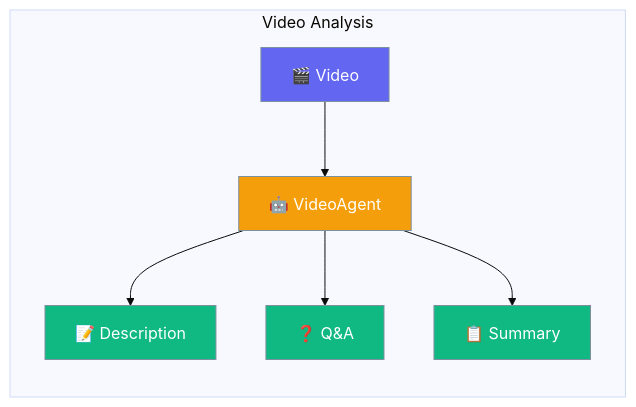
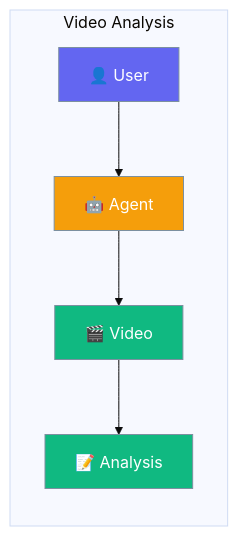
One commit to MervinPraison/PraisonAIDocs changed the first of 2 diagrams in docs/js/video.mdx. Above: the diagram before and after it, drawn with Mermaid (base theme). The commit also changed other lines of this file and 30 other files, not shown here.

````diff
--- a/docs/js/video.mdx
+++ b/docs/js/video.mdx
@@ -10,17 +10,16 @@
 ```mermaid
 graph LR
     subgraph "Video Analysis"
-        A[🎬 Video] --> B[🤖 VideoAgent]
-        B --> C[📝 Description]
-        B --> D[❓ Q&A]
-        B --> E[📋 Summary]
+        A[👤 User] --> B[🤖 Agent]
+        B --> C[🎬 Video]
+        C --> D[📝 Analysis]
     end
     
-    classDef video fill:#6366F1,stroke:#7C90A0,color:#fff
+    classDef user fill:#6366F1,stroke:#7C90A0,color:#fff
     classDef agent fill:#F59E0B,stroke:#7C90A0,color:#fff
     classDef output fill:#10B981,stroke:#7C90A0,color:#fff
     
-    class A video
+    class A user
     class B agent
-    class C,D,E output
+    class C,D output
 ```
````
